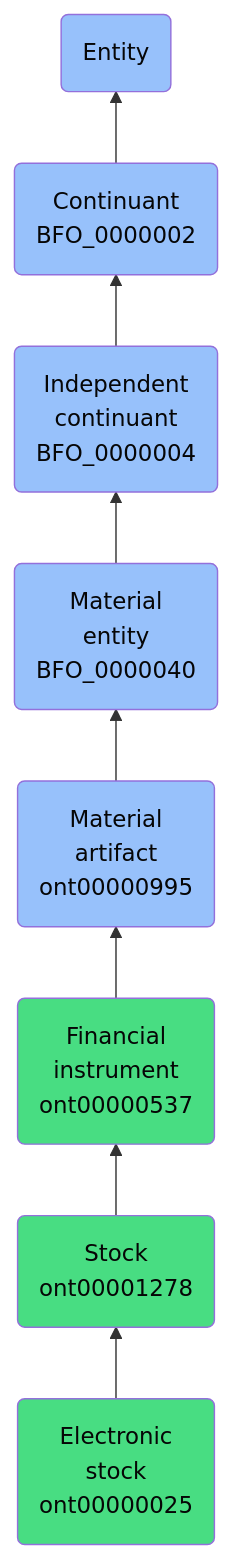
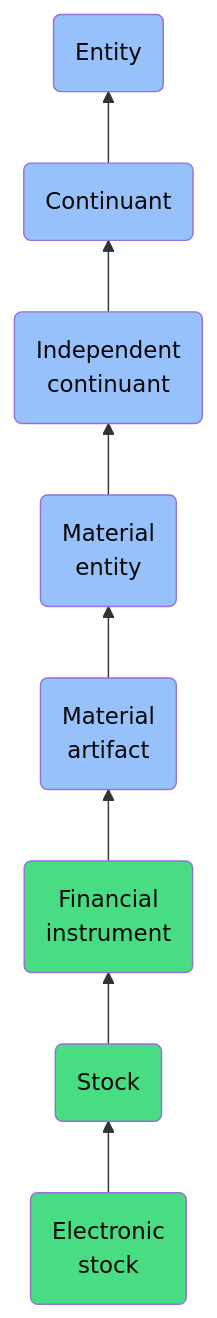
Before and after one commit to jupyter-naas/abi: the diagram in docs/ontology/reference/model/Entity/Continuant/Independent continuant/Material entity/Material artifact/Financial instrument/Stock/Electronic stock/Electronic stock.md, drawn with Mermaid. The commit also changed other lines of this file and 1430 other files, not shown here.

````diff
--- a/docs/ontology/reference/model/Entity/Continuant/Independent continuant/Material entity/Material artifact/Financial instrument/Stock/Electronic stock/Electronic stock.md
+++ b/docs/ontology/reference/model/Entity/Continuant/Independent continuant/Material entity/Material artifact/Financial instrument/Stock/Electronic stock/Electronic stock.md
@@ -24,15 +24,15 @@
 ```mermaid
 graph BT
-    ont00000025(Electronic<br>stock<br>ont00000025):::ABI-->ont00001278
-    ont00001278(Stock<br>ont00001278):::ABI-->ont00000537
-    ont00000537(Financial<br>instrument<br>ont00000537):::ABI-->ont00000995
-    ont00000995(Material<br>artifact<br>ont00000995):::BFO-->BFO_0000040
-    BFO_0000040(Material<br>entity<br>BFO_0000040):::BFO-->BFO_0000004
-    BFO_0000004(Independent<br>continuant<br>BFO_0000004):::BFO-->BFO_0000002
-    BFO_0000002(Continuant<br>BFO_0000002):::BFO-->BFO_0000001
+    ont00000025(Electronic<br>stock):::ABI-->ont00001278
+    ont00001278(Stock):::ABI-->ont00000537
+    ont00000537(Financial<br>instrument):::ABI-->ont00000995
+    ont00000995(Material<br>artifact):::BFO-->BFO_0000040
+    BFO_0000040(Material<br>entity):::BFO-->BFO_0000004
+    BFO_0000004(Independent<br>continuant):::BFO-->BFO_0000002
+    BFO_0000002(Continuant):::BFO-->BFO_0000001
     BFO_0000001(Entity):::BFO
     
     classDef BFO fill:#97c1fb,color:#060606
     classDef CCO fill:#e4c51e,color:#060606
     classDef ABI fill:#48DD82,color:#060606
 ```
````
